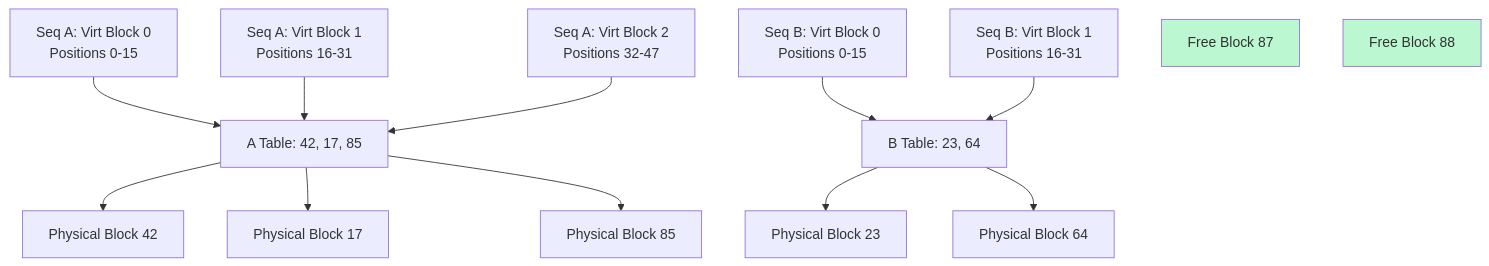
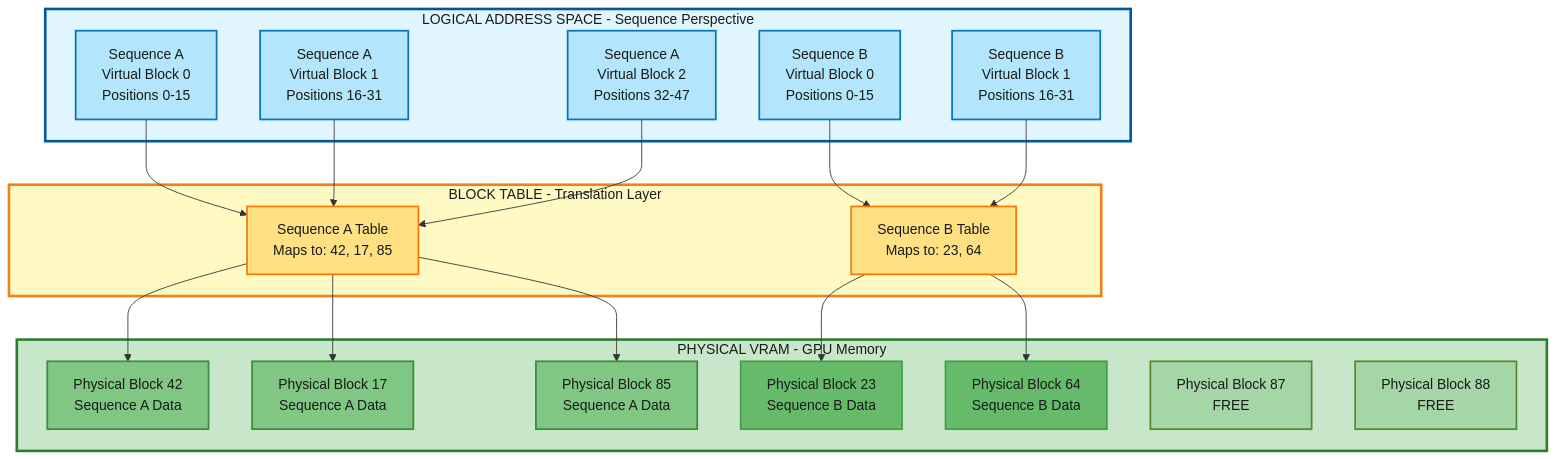
The fifth of 9 diagrams in lab0.3/README.md (Shahriarin2garden/vllm_from_scratch), drawn with Mermaid before and after one commit. The commit also changed other lines of this file, not shown here.

Commit message:
Enhance Lab 0.3 README with detailed diagrams for KV cache operations, memory fragmentation, and performance metrics

````diff
--- a/lab0.3/README.md
+++ b/lab0.3/README.md
@@ -321,35 +352,56 @@
 ```mermaid
 graph TB
-    VA1[Seq A: Virt Block 0<br/>Positions 0-15]
-    VA2[Seq A: Virt Block 1<br/>Positions 16-31]
-    VA3[Seq A: Virt Block 2<br/>Positions 32-47]
+    subgraph LOGICAL["LOGICAL ADDRESS SPACE - Sequence Perspective"]
+        VA1["Sequence A<br/>Virtual Block 0<br/>Positions 0-15"]
+        VA2["Sequence A<br/>Virtual Block 1<br/>Positions 16-31"]
+        VA3["Sequence A<br/>Virtual Block 2<br/>Positions 32-47"]
+        
+        VB1["Sequence B<br/>Virtual Block 0<br/>Positions 0-15"]
+        VB2["Sequence B<br/>Virtual Block 1<br/>Positions 16-31"]
+    end
     
-    VB1[Seq B: Virt Block 0<br/>Positions 0-15]
-    VB2[Seq B: Virt Block 1<br/>Positions 16-31]
+    subgraph MAPPING["BLOCK TABLE - Translation Layer"]
+        PT1["Sequence A Table<br/>Maps to: 42, 17, 85"]
+        PT2["Sequence B Table<br/>Maps to: 23, 64"]
+    end
     
-    PT1[A Table: 42, 17, 85]
-    PT2[B Table: 23, 64]
-    
-    P42[Physical Block 42]
-    P17[Physical Block 17]
-    P85[Physical Block 85]
-    P23[Physical Block 23]
-    P64[Physical Block 64]
-    P87[Free Block 87]
-    P88[Free Block 88]
+    subgraph PHYSICAL["PHYSICAL VRAM - GPU Memory"]
+        P42["Physical Block 42<br/>Sequence A Data"]
+        P17["Physical Block 17<br/>Sequence A Data"]
+        P85["Physical Block 85<br/>Sequence A Data"]
+        P23["Physical Block 23<br/>Sequence B Data"]
+        P64["Physical Block 64<br/>Sequence B Data"]
+        P87["Physical Block 87<br/>FREE"]
+        P88["Physical Block 88<br/>FREE"]
+    end
     
     VA1 --> PT1
     VA2 --> PT1
     VA3 --> PT1
     VB1 --> PT2
     VB2 --> PT2
     
     PT1 --> P42
     PT1 --> P17
     PT1 --> P85
     PT2 --> P23
     PT2 --> P64
     
-    style P87 fill:#bbf7d0
-    style P88 fill:#bbf7d0
+    style LOGICAL fill:#e1f5fe,stroke:#01579b,stroke-width:3px,color:#1a1a1a
+    style VA1 fill:#b3e5fc,stroke:#0277bd,stroke-width:2px,color:#1a1a1a
+    style VA2 fill:#b3e5fc,stroke:#0277bd,stroke-width:2px,color:#1a1a1a
+    style VA3 fill:#b3e5fc,stroke:#0277bd,stroke-width:2px,color:#1a1a1a
+    style VB1 fill:#b3e5fc,stroke:#0277bd,stroke-width:2px,color:#1a1a1a
+    style VB2 fill:#b3e5fc,stroke:#0277bd,stroke-width:2px,color:#1a1a1a
+    style MAPPING fill:#fff9c4,stroke:#f57f17,stroke-width:3px,color:#1a1a1a
+    style PT1 fill:#ffe082,stroke:#f57c00,stroke-width:2px,color:#1a1a1a
+    style PT2 fill:#ffe082,stroke:#f57c00,stroke-width:2px,color:#1a1a1a
+    style PHYSICAL fill:#c8e6c9,stroke:#2e7d32,stroke-width:3px,color:#1a1a1a
+    style P42 fill:#81c784,stroke:#388e3c,stroke-width:2px,color:#1a1a1a
+    style P17 fill:#81c784,stroke:#388e3c,stroke-width:2px,color:#1a1a1a
+    style P85 fill:#81c784,stroke:#388e3c,stroke-width:2px,color:#1a1a1a
+    style P23 fill:#66bb6a,stroke:#43a047,stroke-width:2px,color:#1a1a1a
+    style P64 fill:#66bb6a,stroke:#43a047,stroke-width:2px,color:#1a1a1a
+    style P87 fill:#a5d6a7,stroke:#558b2f,stroke-width:2px,color:#1a1a1a
+    style P88 fill:#a5d6a7,stroke:#558b2f,stroke-width:2px,color:#1a1a1a
 ```
````
